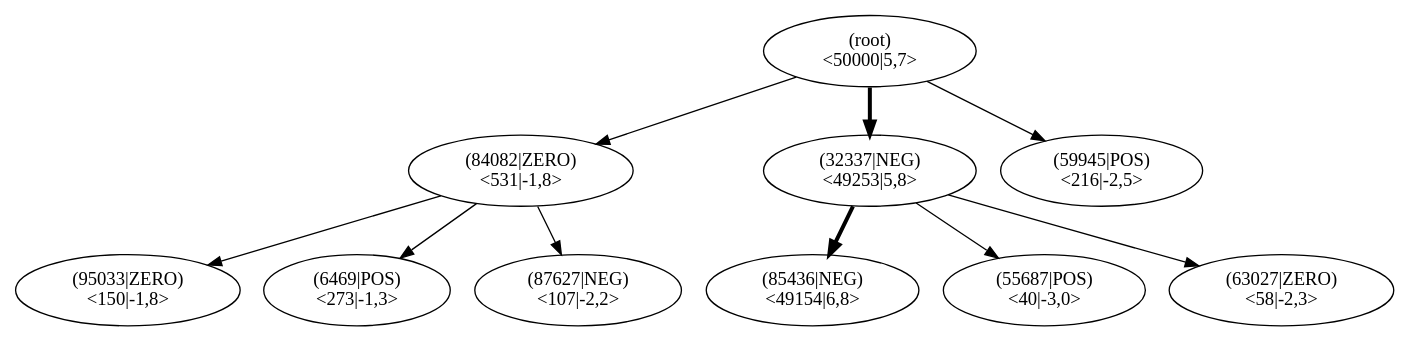
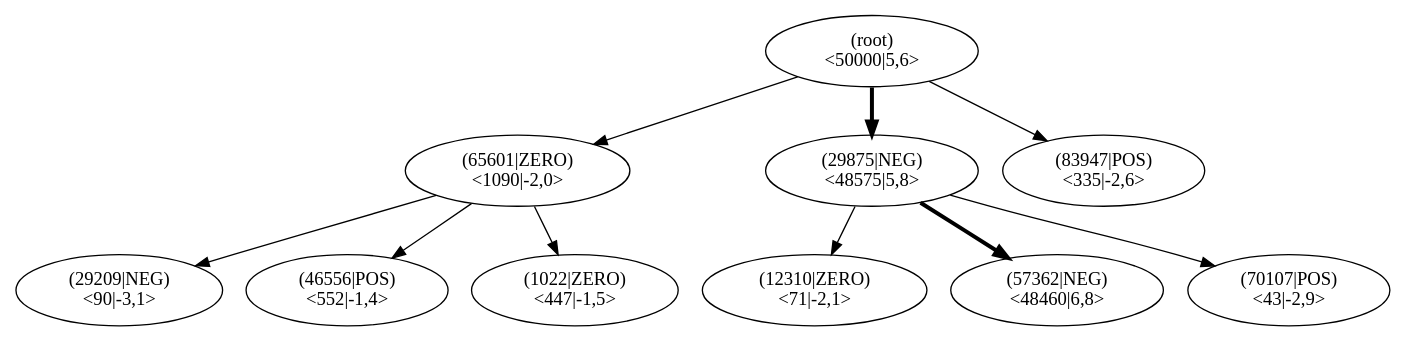
One commit to JonasHellgren/relexp-java changed the diagram in pictures/ch13/lane_runner_mcts.dot. Above: the diagram before and after it, drawn with Graphviz. The commit also changed 3 other files, not shown here.

```diff
--- a/pictures/ch13/lane_runner_mcts.dot
+++ b/pictures/ch13/lane_runner_mcts.dot
@@ -1,32 +1,32 @@
 digraph MCTS {
 node [shape=ellipse];
 Nroot [label="(root)
-<50000|5,7>"];
-Nroot -> N84082[penwidth=1];
-N84082 [label="(84082|ZERO)
-<531|-1,8>"];
-N84082 -> N95033[penwidth=1];
-N95033 [label="(95033|ZERO)
-<150|-1,8>"];
-N84082 -> N6469[penwidth=1];
-N6469 [label="(6469|POS)
-<273|-1,3>"];
-N84082 -> N87627[penwidth=1];
-N87627 [label="(87627|NEG)
-<107|-2,2>"];
-Nroot -> N32337[penwidth=3];
-N32337 [label="(32337|NEG)
-<49253|5,8>"];
-N32337 -> N85436[penwidth=3];
-N85436 [label="(85436|NEG)
-<49154|6,8>"];
-N32337 -> N55687[penwidth=1];
-N55687 [label="(55687|POS)
-<40|-3,0>"];
-N32337 -> N63027[penwidth=1];
-N63027 [label="(63027|ZERO)
-<58|-2,3>"];
-Nroot -> N59945[penwidth=1];
-N59945 [label="(59945|POS)
-<216|-2,5>"];
+<50000|5,6>"];
+Nroot -> N65601[penwidth=1];
+N65601 [label="(65601|ZERO)
+<1090|-2,0>"];
+N65601 -> N29209[penwidth=1];
+N29209 [label="(29209|NEG)
+<90|-3,1>"];
+N65601 -> N46556[penwidth=1];
+N46556 [label="(46556|POS)
+<552|-1,4>"];
+N65601 -> N1022[penwidth=1];
+N1022 [label="(1022|ZERO)
+<447|-1,5>"];
+Nroot -> N29875[penwidth=3];
+N29875 [label="(29875|NEG)
+<48575|5,8>"];
+N29875 -> N12310[penwidth=1];
+N12310 [label="(12310|ZERO)
+<71|-2,1>"];
+N29875 -> N57362[penwidth=3];
+N57362 [label="(57362|NEG)
+<48460|6,8>"];
+N29875 -> N70107[penwidth=1];
+N70107 [label="(70107|POS)
+<43|-2,9>"];
+Nroot -> N83947[penwidth=1];
+N83947 [label="(83947|POS)
+<335|-2,6>"];
 }
```
